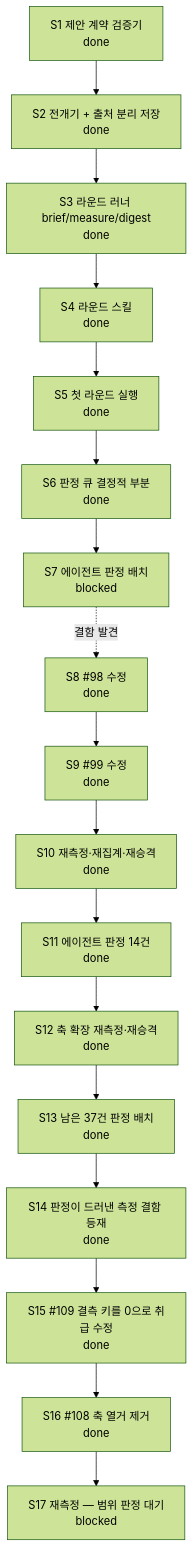
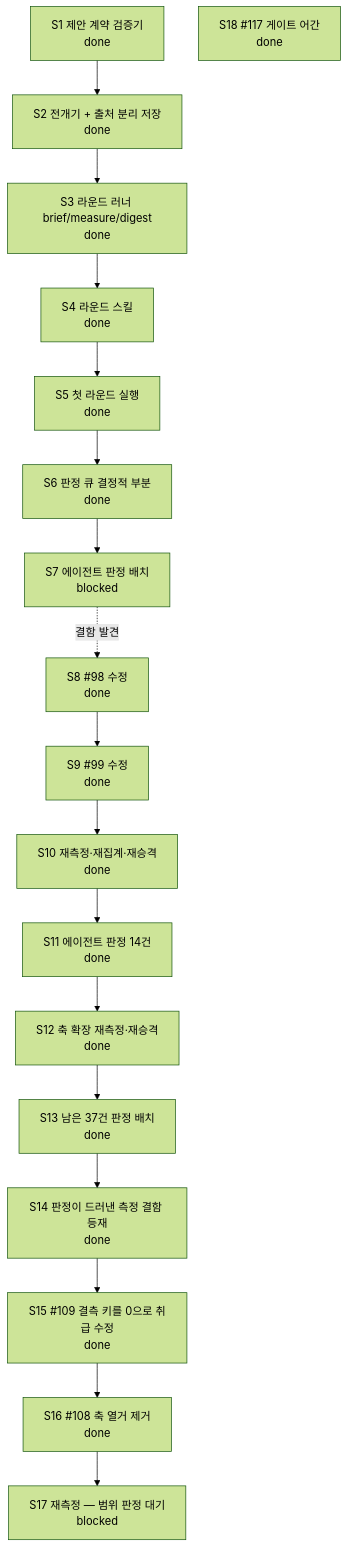
The diagram in docs/CURRENT-PLAN.md (skerfolg/poe2-ai-wiki), drawn with Mermaid (forest theme) before and after one commit. The commit also changed other lines of this file and 2 other files, not shown here.

Commit message:
#117 수정 — 게이트가 「강력 기절」을 원리상 통과 못 시켰다 · #118 등재
#117: config 이름은 과거분사(HeavyStunned)인데 정본 공급 문구는 명사형이다
("cause a Heavy Stun"). 어간이 Stunned→Stunn이라 Stun을 못 잡았고, 공급 기재가
넷이나 있는 빌드가 「공급원 없음」으로 거부됐다. -ed를 떼고 중복 자음을 되돌린다.
Cursed→Curs, Maimed→Maim도 같이 풀린다. 요구/공급 구분은 _DEMAND_HEAD가 그대로
담당하므로 x2.76 부풀림 회귀는 유지된다.

#118: 하이브리드 접사(물리% + 정확도)를 줄 단위로 매칭해 접사 2개로 센다.
정본은 group이 달라 공존이 맞는데 매칭기가 첫 줄을 단독 접사로 오인한다.
사용자가 인게임 기준으로 지정한 무기가 거부됐다.

둘 다 **거짓 거부**다 — 통과 불가능한 게이트는 우회 경로를 학습시킨다.

````diff
--- a/docs/CURRENT-PLAN.md
+++ b/docs/CURRENT-PLAN.md
@@ -23,23 +23,24 @@
 ```mermaid
 flowchart TD
   CONTRACT[S1 제안 계약 검증기<br/>done]
   FLOW[S2 전개기 + 출처 분리 저장<br/>done]
   ROUND[S3 라운드 러너 brief/measure/digest<br/>done]
   SKILL[S4 라운드 스킬<br/>done]
   FIRST[S5 첫 라운드 실행<br/>done]
   NECESS[S6 판정 큐 결정적 부분<br/>done]
   JUDGE[S7 에이전트 판정 배치<br/>blocked]
   FIX[S8 #98 수정<br/>done]
   REMEAS[S9 #99 수정<br/>done]
   REAGG[S10 재측정·재집계·재승격<br/>done]
   RESUME[S11 에이전트 판정 14건<br/>done]
   AXES[S12 축 확장 재측정·재승격<br/>done]
   NEXT2[S13 남은 37건 판정 배치<br/>done]
   DEF[S14 판정이 드러낸 측정 결함 등재<br/>done]
   FIXDELTA[S15 #109 결측 키를 0으로 취급 수정<br/>done]
   WIDEN[S16 #108 축 열거 제거<br/>done]
+  STEM[S18 #117 게이트 어간<br/>done]
   REMEAS2[S17 재측정 — 범위 판정 대기<br/>blocked]
   CONTRACT --> FLOW --> ROUND --> SKILL --> FIRST --> NECESS --> JUDGE
   JUDGE -. 결함 발견 .-> FIX --> REMEAS --> REAGG --> RESUME --> AXES --> NEXT2
   NEXT2 --> DEF --> FIXDELTA --> WIDEN --> REMEAS2
 ```
````
